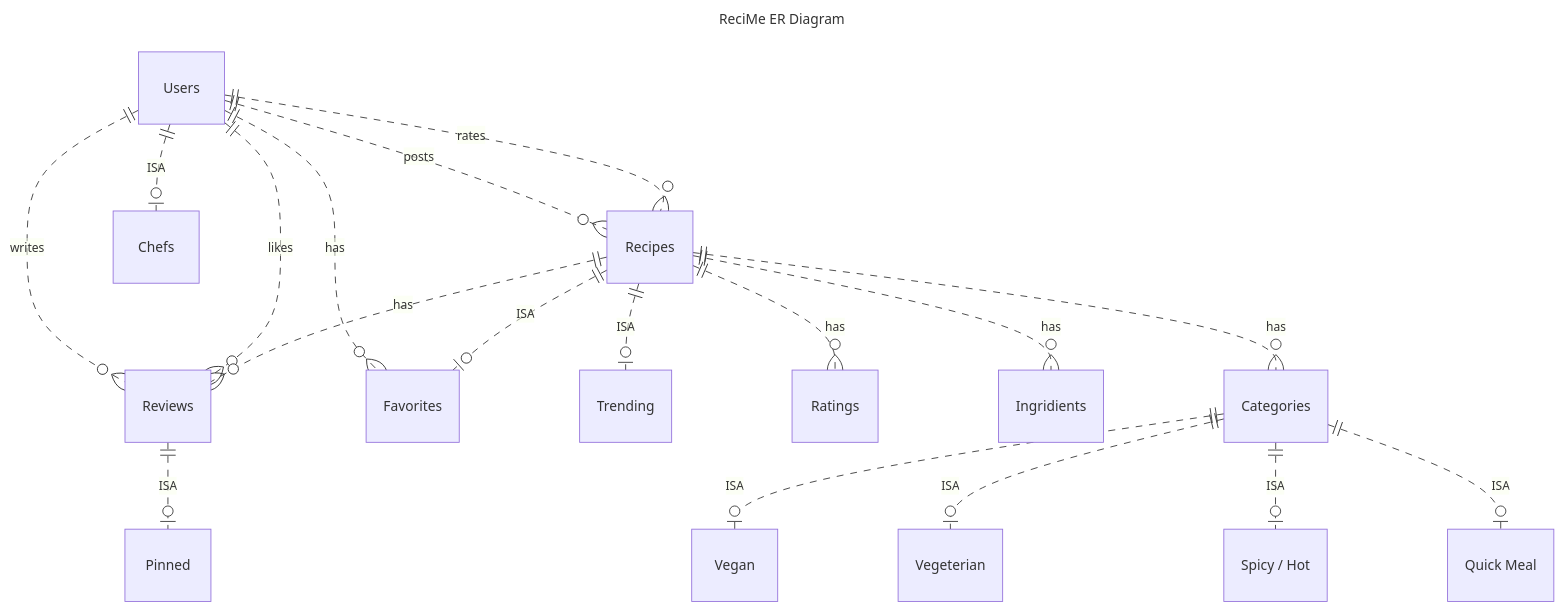
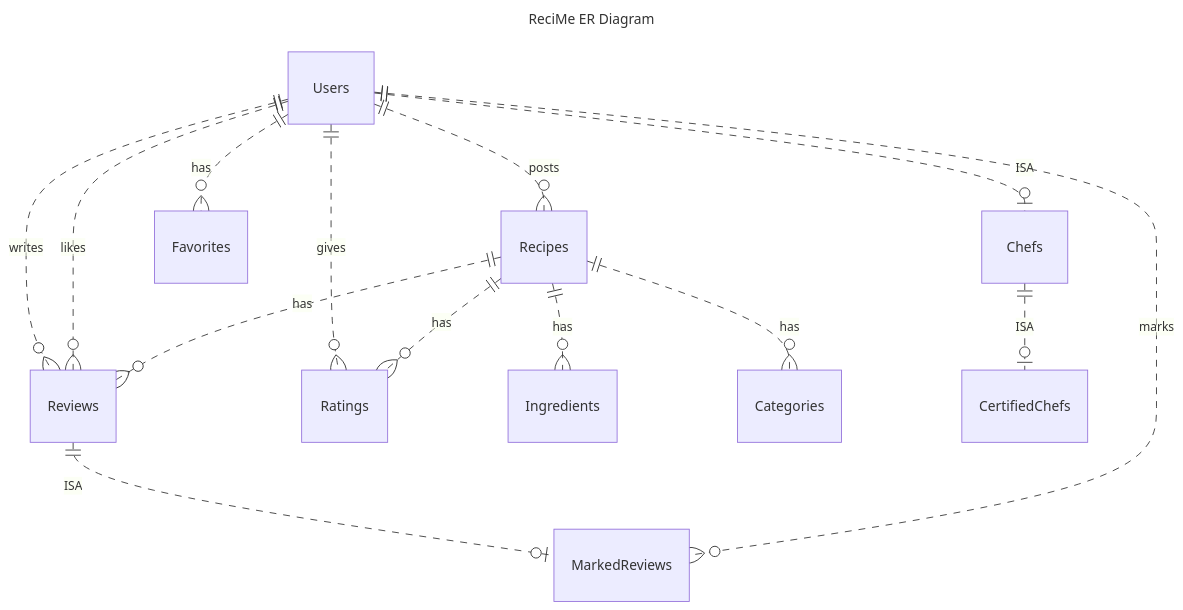
One commit to RECI-ME/reciMe changed the diagram in misc/er_diagram.mermaid. Above: the diagram before and after it, drawn with Mermaid.

```diff
--- a/misc/er_diagram.mermaid
+++ b/misc/er_diagram.mermaid
@@ -1,21 +1,17 @@
 ---
 title: ReciMe ER Diagram
 ---
 erDiagram
-    Users ||..o{ Recipes :posts
-    Users ||..o| Chefs :ISA
-    Users ||..o{ Recipes :rates
-    Users ||..o{ Reviews :writes
-    Users ||..o{ Reviews :likes
-    Users ||..o{ Favorites :has
-    Recipes ||..o| Favorites :ISA
-    Recipes ||..o| Trending :ISA
-    Recipes ||..o{ Reviews :has
-    Recipes ||..o{ Ratings :has
-    Recipes||..o{ Ingridients :has
-    Recipes ||..o{ Categories :has
-    Categories ||..o| Vegan :ISA
-    Categories ||..o| Vegeterian :ISA
-    Categories ||..o| "Spicy / Hot" :ISA    
-    Categories ||..o| "Quick Meal" :ISA   
-    Reviews ||..o| Pinned :ISA 
+    Users ||..o| Chefs : ISA
+    Users ||..o{ Recipes : posts
+    Users ||..o{ Reviews : writes
+    Users ||..o{ Reviews : likes
+    Users ||..o{ Favorites : has
+    Users ||..o{ Ratings : gives
+    Recipes ||..o{ Reviews : has
+    Recipes ||..o{ Ratings : has
+    Recipes ||..o{ Ingredients : has
+    Recipes ||..o{ Categories : has
+    Reviews ||..o| MarkedReviews : ISA
+    Users ||..o{ MarkedReviews : marks
+    Chefs ||..o| CertifiedChefs : ISA
```
